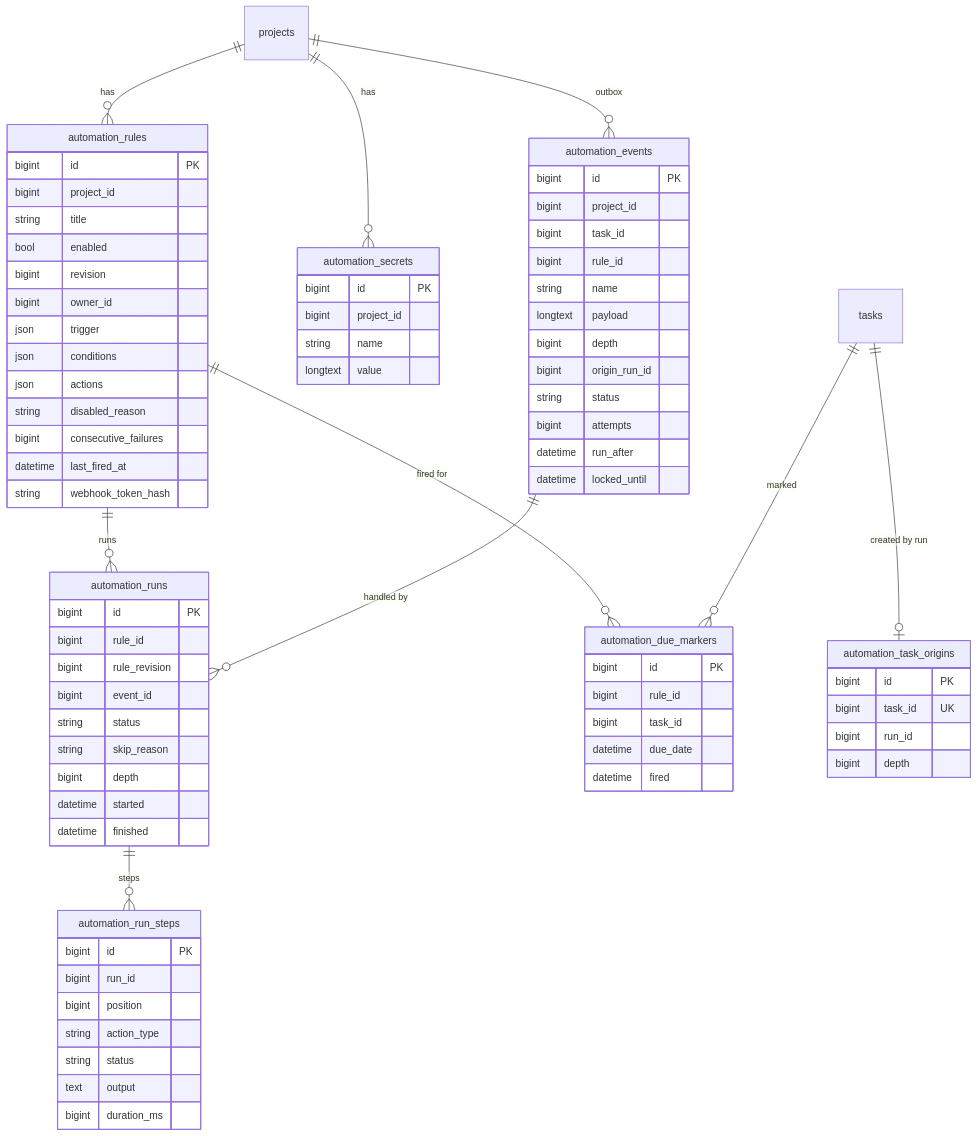
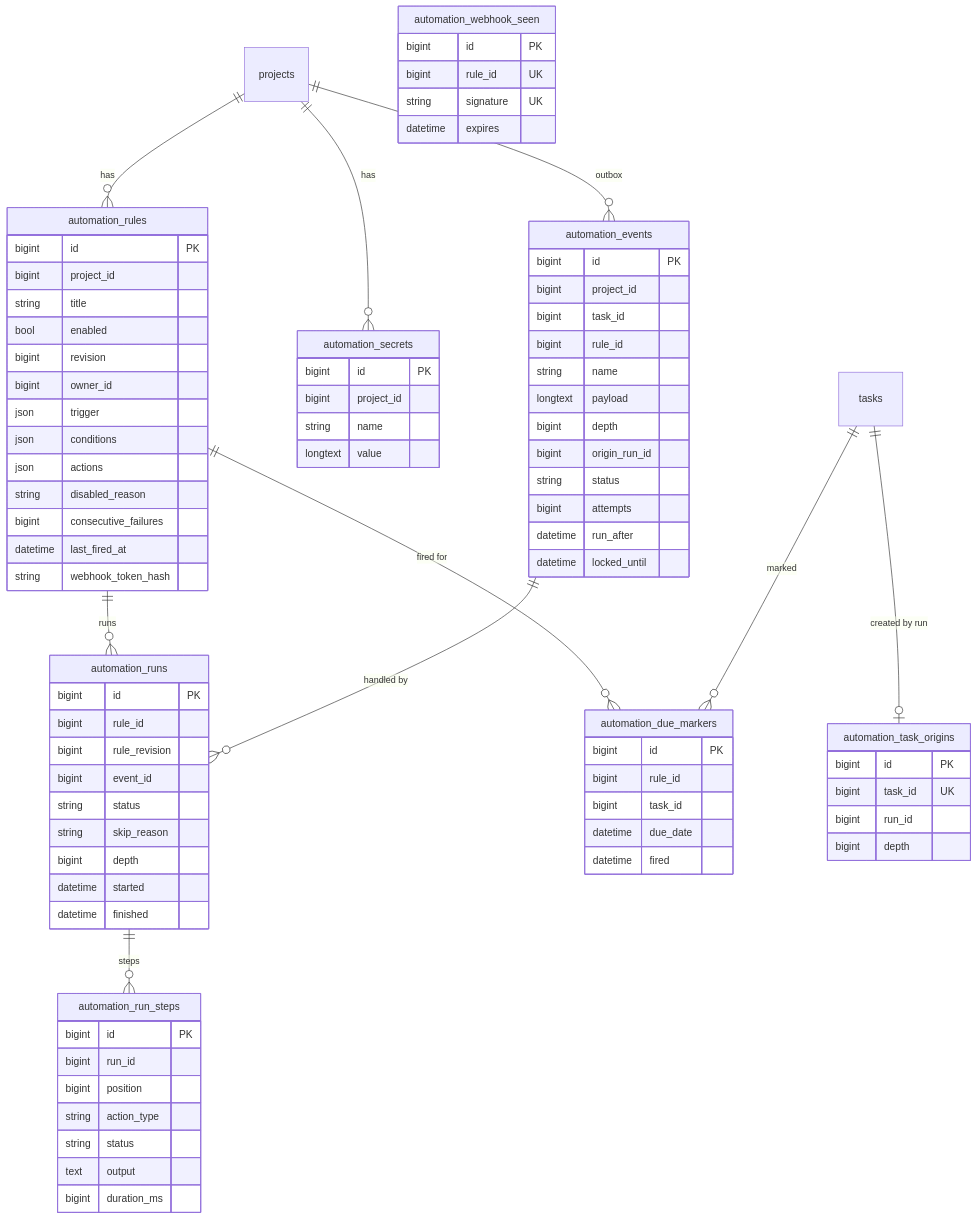
Before and after one commit to bahadirdogru/vikunja-enterprise: the diagram in docs/modules/automation.md, drawn with Mermaid. The commit also changed other lines of this file and 7 other files, not shown here.

````diff
--- a/docs/modules/automation.md
+++ b/docs/modules/automation.md
@@ -346,4 +346,10 @@
         bigint run_id
         bigint depth
     }
+    automation_webhook_seen {
+        bigint id PK
+        bigint rule_id UK
+        string signature UK
+        datetime expires
+    }
 ```
````
